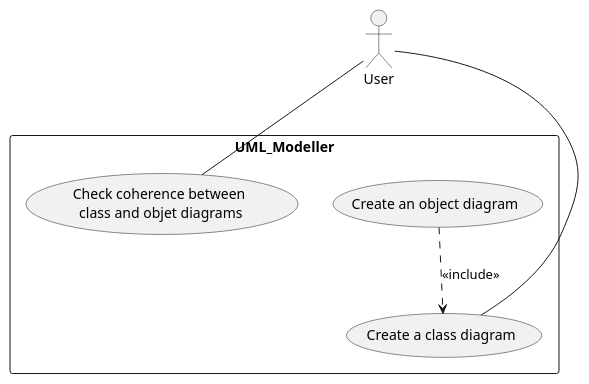
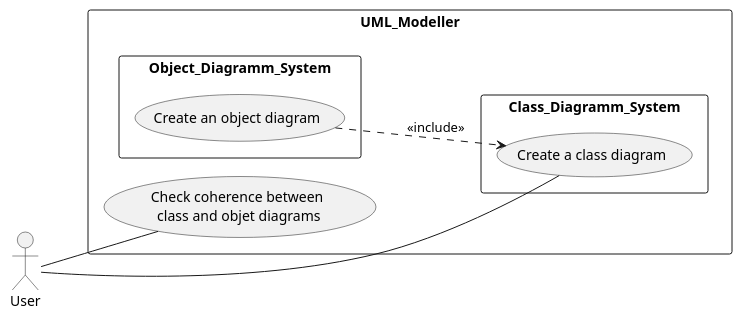
Before and after one commit to Phalexei/Modeleur: the diagram in src/com/github/tomap/uml/system/usecase/usecase.puml, drawn with PlantUML. The commit also changed 2 other files, not shown here.

```diff
--- a/src/com/github/tomap/uml/system/usecase/usecase.puml
+++ b/src/com/github/tomap/uml/system/usecase/usecase.puml
@@ -1,15 +1,21 @@
 @startuml
 skinparam packageStyle rect
-
+left to right direction
 :User: as User
 
 rectangle UML_Modeller {
-    (Create a class diagram) as (Class)
-    (Create an object diagram) as (Object)
+	rectangle Class_Diagramm_System {
+		(Create a class diagram) as (Class)
+	}
+	rectangle Object_Diagramm_System {
+		(Create an object diagram) as (Object)
+	}
+   
     (Check coherence between\n class and objet diagrams) as (Coherence)
 
     User -- (Class)
     (Object) ..> (Class) : <<include>>
     User -- (Coherence)
 }
+
 @enduml
```
